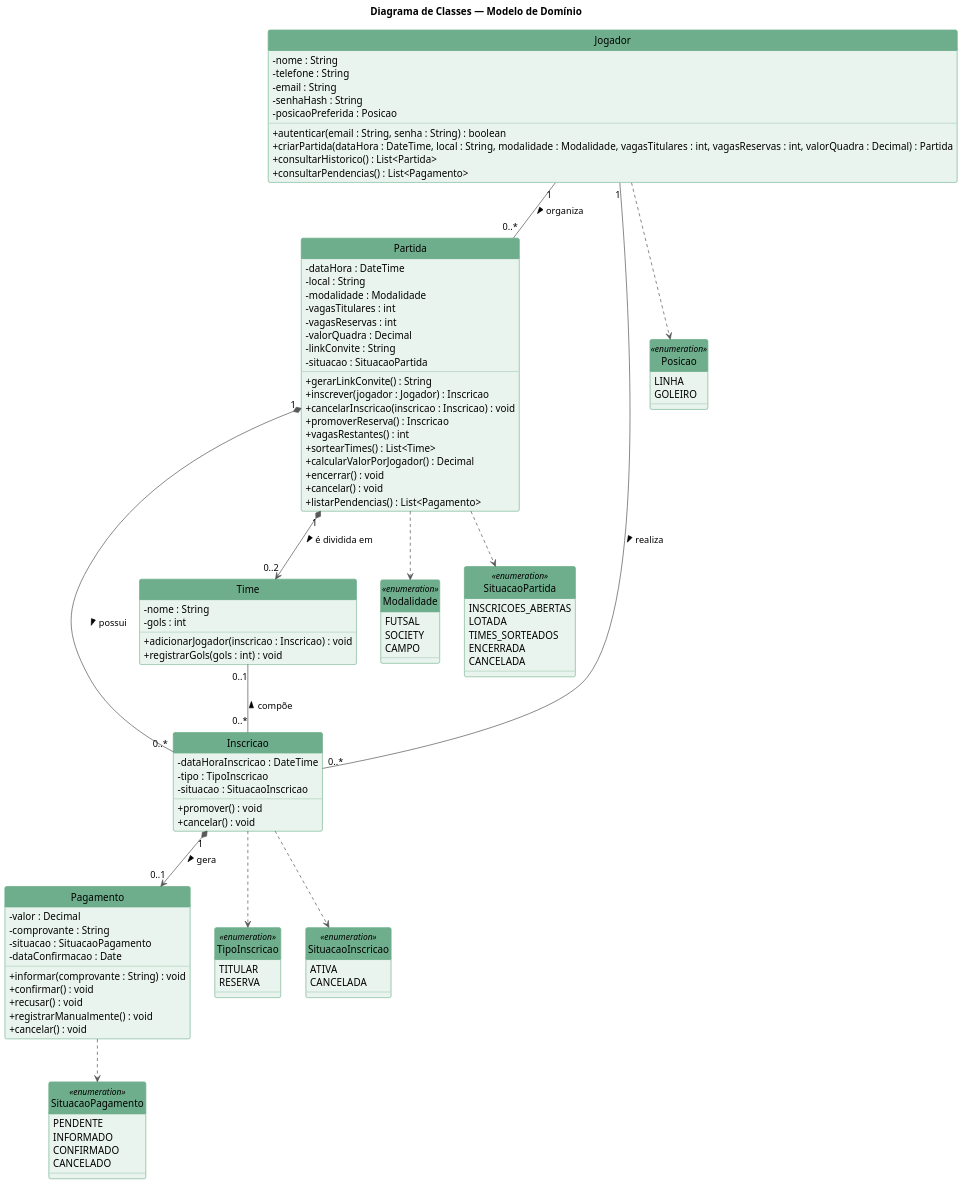
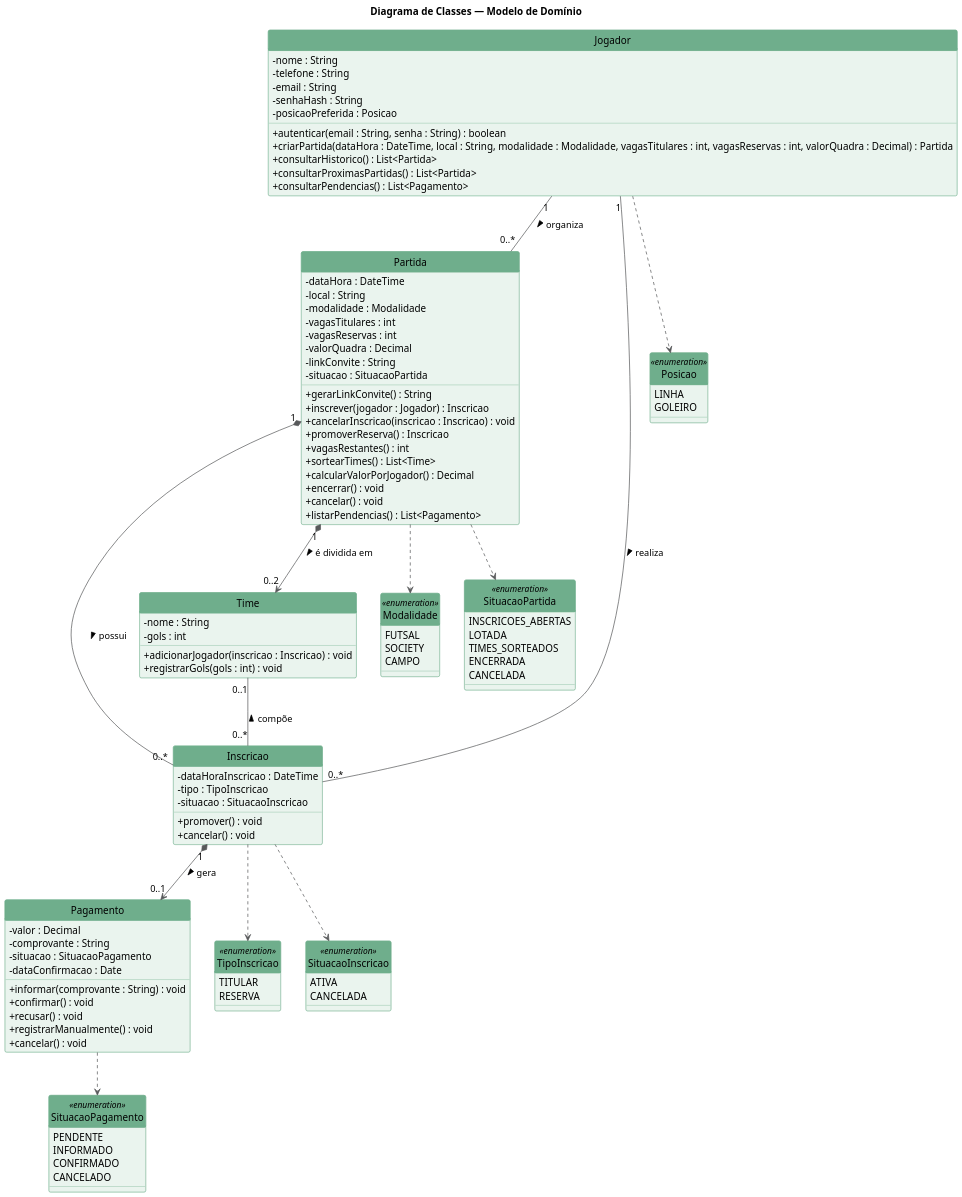
One commit to VictorAndreon/Organizador-futebol-amador changed the diagram in diagramas/classes_dominio.puml. Above: the diagram before and after it, drawn with PlantUML. The commit also changed 28 other files, not shown here.

```diff
--- a/diagramas/classes_dominio.puml
+++ b/diagramas/classes_dominio.puml
@@ -1,128 +1,129 @@
 @startuml classes_dominio
 title Diagrama de Classes — Modelo de Domínio
 
 skinparam dpi 150
 
 hide circle
 skinparam ArrowColor #58595B
 skinparam classAttributeIconSize 0
 skinparam class {
   BackgroundColor #EAF4EE
   BorderColor #6FAE8C
   HeaderBackgroundColor #6FAE8C
   HeaderFontColor #FFFFFF
 }
 
 class Jogador {
   - nome : String
   - telefone : String
   - email : String
   - senhaHash : String
   - posicaoPreferida : Posicao
   + autenticar(email : String, senha : String) : boolean
   + criarPartida(dataHora : DateTime, local : String, modalidade : Modalidade, vagasTitulares : int, vagasReservas : int, valorQuadra : Decimal) : Partida
   + consultarHistorico() : List<Partida>
+  + consultarProximasPartidas() : List<Partida>
   + consultarPendencias() : List<Pagamento>
 }
 
 class Partida {
   - dataHora : DateTime
   - local : String
   - modalidade : Modalidade
   - vagasTitulares : int
   - vagasReservas : int
   - valorQuadra : Decimal
   - linkConvite : String
   - situacao : SituacaoPartida
   + gerarLinkConvite() : String
   + inscrever(jogador : Jogador) : Inscricao
   + cancelarInscricao(inscricao : Inscricao) : void
   + promoverReserva() : Inscricao
   + vagasRestantes() : int
   + sortearTimes() : List<Time>
   + calcularValorPorJogador() : Decimal
   + encerrar() : void
   + cancelar() : void
   + listarPendencias() : List<Pagamento>
 }
 
 class Inscricao {
   - dataHoraInscricao : DateTime
   - tipo : TipoInscricao
   - situacao : SituacaoInscricao
   + promover() : void
   + cancelar() : void
 }
 
 class Time {
   - nome : String
   - gols : int
   + adicionarJogador(inscricao : Inscricao) : void
   + registrarGols(gols : int) : void
 }
 
 class Pagamento {
   - valor : Decimal
   - comprovante : String
   - situacao : SituacaoPagamento
   - dataConfirmacao : Date
   + informar(comprovante : String) : void
   + confirmar() : void
   + recusar() : void
   + registrarManualmente() : void
   + cancelar() : void
 }
 
 enum Posicao <<enumeration>> {
   LINHA
   GOLEIRO
 }
 
 enum Modalidade <<enumeration>> {
   FUTSAL
   SOCIETY
   CAMPO
 }
 
 enum SituacaoPartida <<enumeration>> {
   INSCRICOES_ABERTAS
   LOTADA
   TIMES_SORTEADOS
   ENCERRADA
   CANCELADA
 }
 
 enum TipoInscricao <<enumeration>> {
   TITULAR
   RESERVA
 }
 
 enum SituacaoInscricao <<enumeration>> {
   ATIVA
   CANCELADA
 }
 
 enum SituacaoPagamento <<enumeration>> {
   PENDENTE
   INFORMADO
   CONFIRMADO
   CANCELADO
 }
 
 ' Associações (sem seta = navegável nos dois sentidos)
 Jogador "1" -- "0..*" Partida : organiza >
 Jogador "1" -- "0..*" Inscricao : realiza >
 Partida "1" *-- "0..*" Inscricao : possui >
 Partida "1" *--> "0..2" Time : é dividida em >
 Time "0..1" -- "0..*" Inscricao : compõe <
 Inscricao "1" *--> "0..1" Pagamento : gera >
 
 ' Enumerações usadas pelas classes
 Jogador ..> Posicao
 Partida ..> Modalidade
 Partida ..> SituacaoPartida
 Inscricao ..> TipoInscricao
 Inscricao ..> SituacaoInscricao
 Pagamento ..> SituacaoPagamento
 
 @enduml
```
